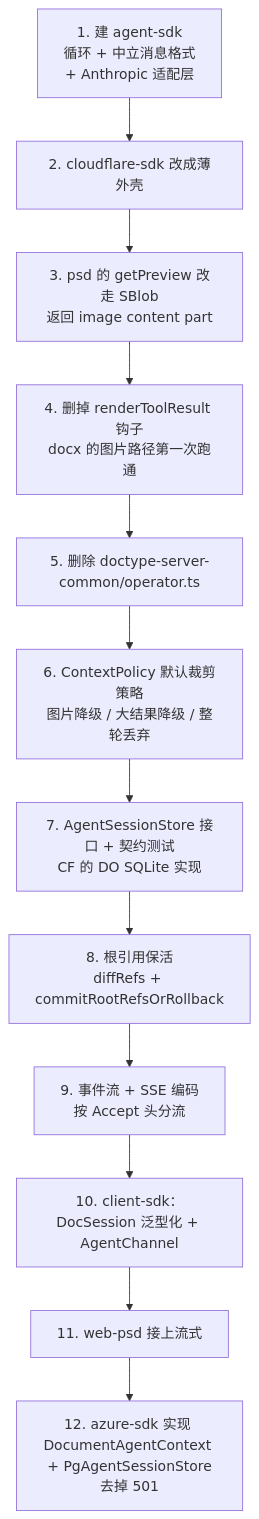
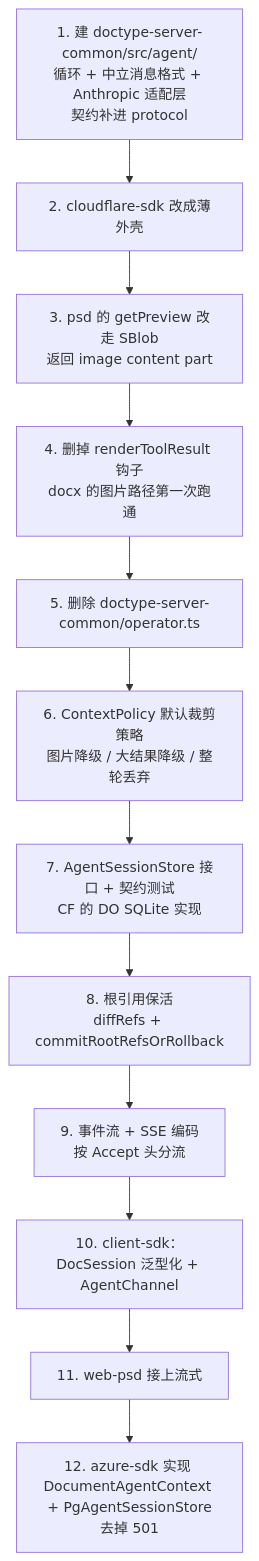
One commit to shazhou-ww/unidocs changed diagram 15 of 15 in docs/superpowers/specs/2026-08-26-agent-sdk-design.md. Above: the diagram before and after it, drawn with Mermaid. The commit also changed other lines of this file, not shown here.

First line of the commit message:
docs(agent-sdk): 不新建包,内核放 doctype-server-common/src/agent/

````diff
--- a/docs/superpowers/specs/2026-08-26-agent-sdk-design.md
+++ b/docs/superpowers/specs/2026-08-26-agent-sdk-design.md
@@ -1166,14 +1221,14 @@
 ```mermaid
 flowchart TB
-    S1["1. 建 agent-sdk<br/>循环 + 中立消息格式<br/>+ Anthropic 适配层"] --> S2["2. cloudflare-sdk 改成薄外壳"]
+    S1["1. 建 doctype-server-common/src/agent/<br/>循环 + 中立消息格式 + Anthropic 适配层<br/>契约补进 protocol"] --> S2["2. cloudflare-sdk 改成薄外壳"]
     S2 --> S3["3. psd 的 getPreview 改走 SBlob<br/>返回 image content part"]
     S3 --> S4["4. 删掉 renderToolResult 钩子<br/>docx 的图片路径第一次跑通"]
     S4 --> S5["5. 删除 doctype-server-common/operator.ts"]
     S5 --> S6["6. ContextPolicy 默认裁剪策略<br/>图片降级 / 大结果降级 / 整轮丢弃"]
     S6 --> S7["7. AgentSessionStore 接口 + 契约测试<br/>CF 的 DO SQLite 实现"]
     S7 --> S8["8. 根引用保活<br/>diffRefs + commitRootRefsOrRollback"]
     S8 --> S9["9. 事件流 + SSE 编码<br/>按 Accept 头分流"]
     S9 --> S10["10. client-sdk：DocSession 泛型化 + AgentChannel"]
     S10 --> S11["11. web-psd 接上流式"]
     S11 --> S12["12. azure-sdk 实现 DocumentAgentContext + PgAgentSessionStore<br/>去掉 501"]
 ```
````
